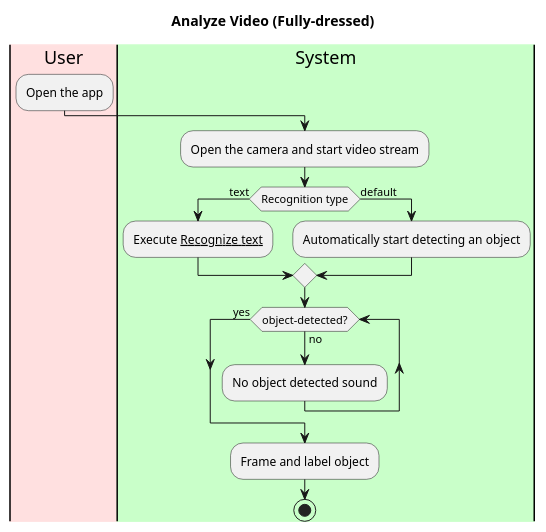
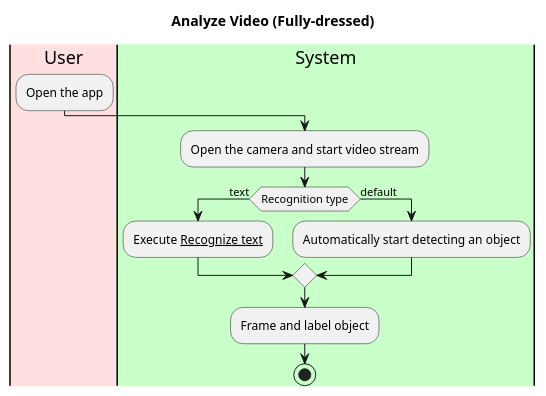
Before and after one commit to tonyh1306/OBRE-Vision-through-a-screen: the first of 2 diagrams in intellij/doc/use-cases/analyze-video.md, drawn with PlantUML. The commit also changed 3 other files, not shown here.

Commit message:
still updating class diagram and readme

````diff
--- a/intellij/doc/use-cases/analyze-video.md
+++ b/intellij/doc/use-cases/analyze-video.md
@@ -28,24 +28,21 @@
 ```plantuml
 @startuml
 skinparam style rose
 title Analyze Video (Fully-dressed)
 |#implementation|User|
 |#technology|System|
 
 |User|
 :Open the app;
 
 |System|
 :Open the camera and start video stream;
 if (Recognition type) is (text) then
 :Execute __Recognize text__;
 else (default) 
 :Automatically start detecting an object;
 endif 
-while (object-detected?) is (no)
-:No object detected sound;
-endwhile(yes)
 :Frame and label object;
 stop
 @enduml
 ```
````
